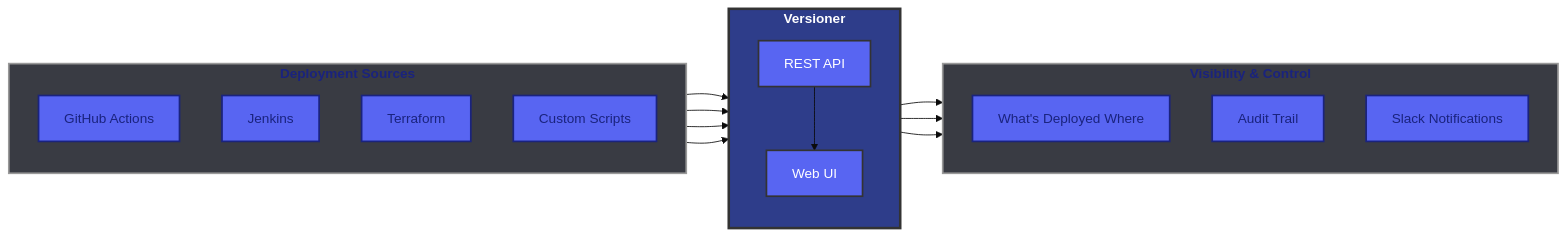
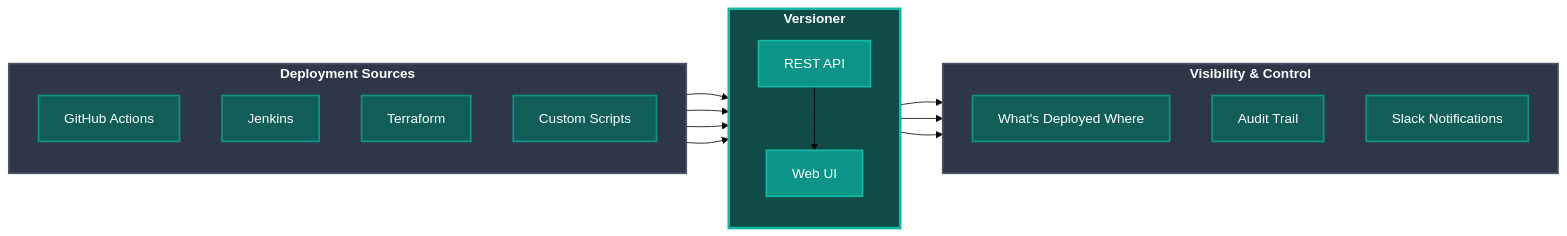
Before and after one commit to versioner-io/versioner-docs: the diagram in public/index.md, drawn with Mermaid (base theme). The commit also changed 2 other files, not shown here.

Commit message:
Theming docs

````diff
--- a/public/index.md
+++ b/public/index.md
@@ -7,46 +7,46 @@
 ```mermaid
 flowchart LR
     subgraph sources["<b>Deployment Sources</b>"]
         direction TB
         gh["GitHub Actions"]
         jk["Jenkins"]
         tf["Terraform"]
         custom["Custom Scripts"]
     end
 
     subgraph versioner["<b>Versioner</b>"]
         direction TB
         api["REST API"]
         web["Web UI"]
     end
 
     subgraph outputs["<b>Visibility & Control</b>"]
         direction TB
         view["What's Deployed Where"]
         audit["Audit Trail"]
         notify["Slack Notifications"]
     end
 
     gh --> api
     jk --> api
     tf --> api
     custom --> api
 
     api --> web
     api --> notify
     web --> view
     web --> audit
 
-    style versioner fill:#2E3D8A,stroke:#333,stroke-width:3px,color:#fff
-    style sources fill:#393B43,stroke:#999,stroke-width:2px,color:#1a237e
-    style outputs fill:#393B43,stroke:#999,stroke-width:2px,color:#1a237e
-    style gh fill:#5865f2,stroke:#1a237e,stroke-width:2px,color:#1a237e
-    style jk fill:#5865f2,stroke:#1a237e,stroke-width:2px,color:#1a237e
-    style tf fill:#5865f2,stroke:#1a237e,stroke-width:2px,color:#1a237e
-    style custom fill:#5865f2,stroke:#1a237e,stroke-width:2px,color:#1a237e
-    style api fill:#5865f2,stroke:#333,stroke-width:2px,color:#fff
-    style web fill:#5865f2,stroke:#333,stroke-width:2px,color:#fff
-    style view fill:#5865f2,stroke:#1a237e,stroke-width:2px,color:#1a237e
-    style audit fill:#5865f2,stroke:#1a237e,stroke-width:2px,color:#1a237e
-    style notify fill:#5865f2,stroke:#1a237e,stroke-width:2px,color:#1a237e
+    style versioner fill:#0f4c47,stroke:#14b8a6,stroke-width:3px,color:#fff
+    style sources fill:#2d3748,stroke:#4a5568,stroke-width:2px,color:#fff
+    style outputs fill:#2d3748,stroke:#4a5568,stroke-width:2px,color:#fff
+    style gh fill:#115e59,stroke:#0d9488,stroke-width:2px,color:#fff
+    style jk fill:#115e59,stroke:#0d9488,stroke-width:2px,color:#fff
+    style tf fill:#115e59,stroke:#0d9488,stroke-width:2px,color:#fff
+    style custom fill:#115e59,stroke:#0d9488,stroke-width:2px,color:#fff
+    style api fill:#0d9488,stroke:#14b8a6,stroke-width:2px,color:#fff
+    style web fill:#0d9488,stroke:#14b8a6,stroke-width:2px,color:#fff
+    style view fill:#115e59,stroke:#0d9488,stroke-width:2px,color:#fff
+    style audit fill:#115e59,stroke:#0d9488,stroke-width:2px,color:#fff
+    style notify fill:#115e59,stroke:#0d9488,stroke-width:2px,color:#fff
 ```
````
